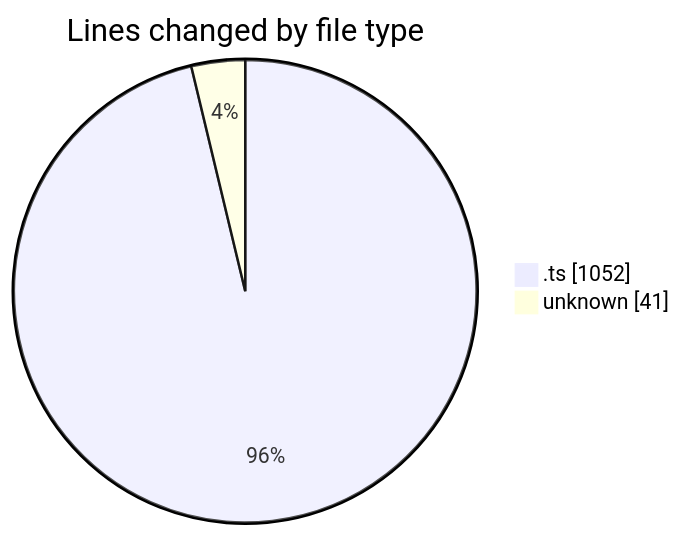
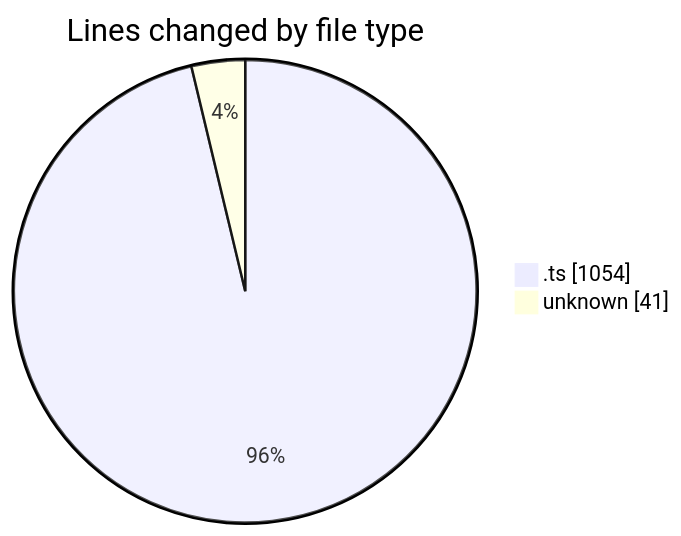
The first of 2 diagrams in 2025-08-11/cda/README.md (momahboobian/code-tracking), drawn with Mermaid before and after one commit. The commit also changed other lines of this file and 1 other file, not shown here.

````diff
--- a/2025-08-11/cda/README.md
+++ b/2025-08-11/cda/README.md
@@ -23,6 +23,6 @@
 ```mermaid
 pie showData
 title Lines changed by file type
-".ts" : 1052
+".ts" : 1054
 "unknown" : 41
 ```
````
